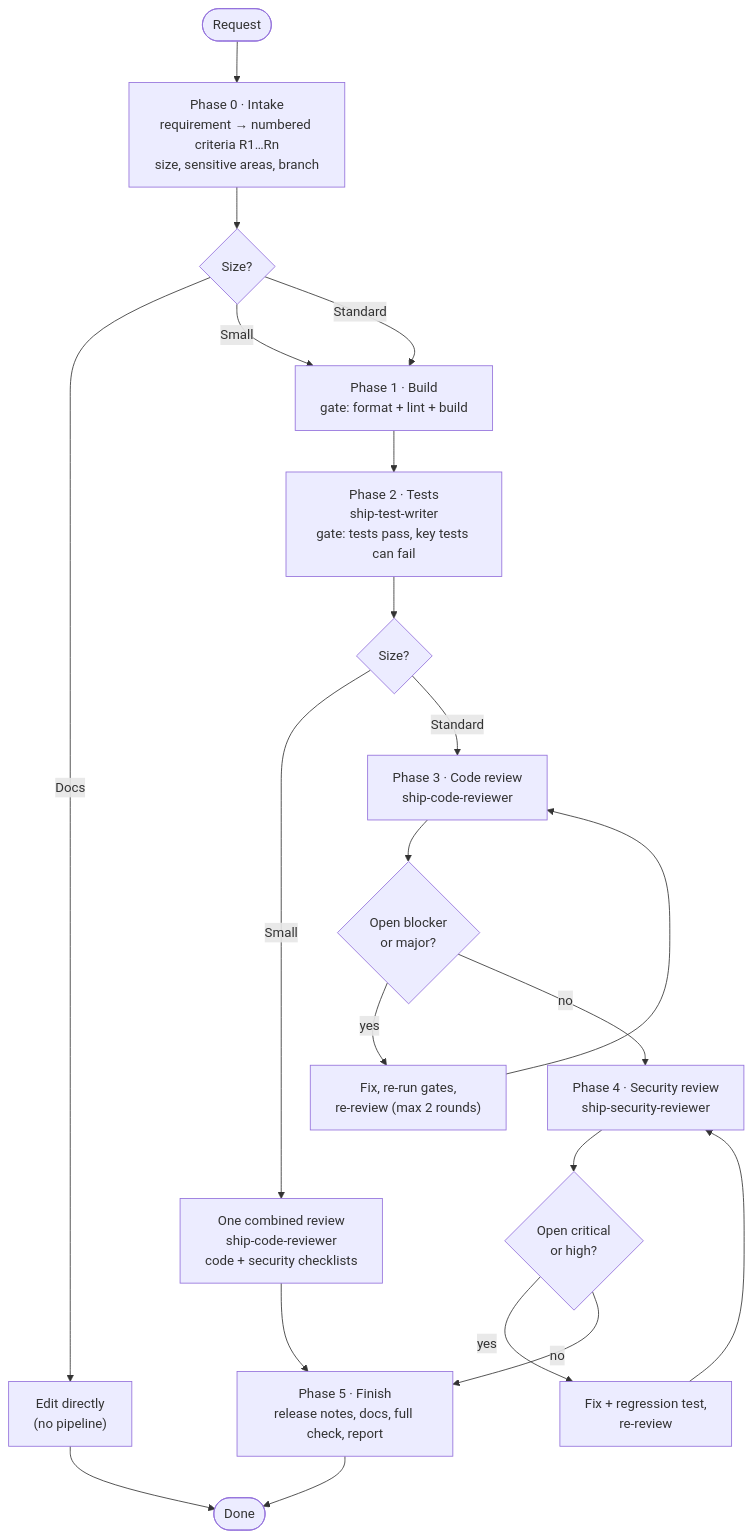
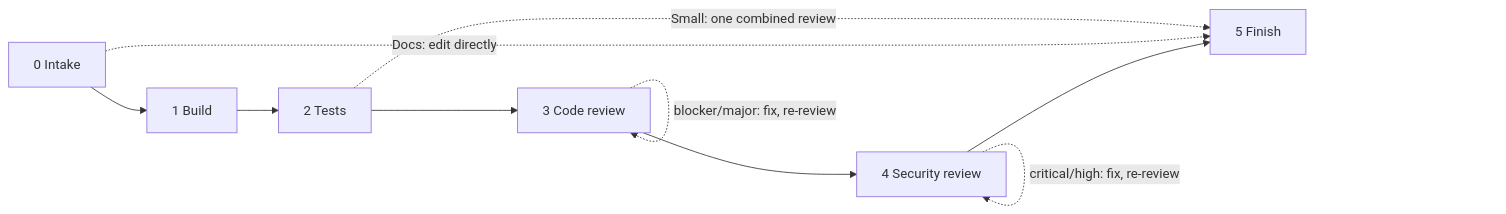
The diagram in README.md (nanaaikinson/ship-change), drawn with Mermaid before and after one commit. The commit also changed other lines of this file, not shown here.

Commit message:
docs: collapse and compact README pipeline flowchart

````diff
--- a/README.md
+++ b/README.md
@@ -16,21 +17,8 @@
 ```mermaid
-flowchart TD
-    A([Request]) --> P0["Phase 0 · Intake<br/>requirement → numbered criteria R1…Rn<br/>size, sensitive areas, branch"]
-    P0 --> SZ{Size?}
-    SZ -- Docs --> D["Edit directly<br/>(no pipeline)"]
-    SZ -- Small --> P1
-    SZ -- Standard --> P1
-    P1["Phase 1 · Build<br/>gate: format + lint + build"] --> P2
-    P2["Phase 2 · Tests<br/>ship-test-writer<br/>gate: tests pass, key tests can fail"] --> KS{Size?}
-    KS -- Small --> CR1["One combined review<br/>ship-code-reviewer<br/>code + security checklists"]
-    KS -- Standard --> P3
-    P3["Phase 3 · Code review<br/>ship-code-reviewer"] --> F3{Open blocker<br/>or major?}
-    F3 -- yes --> X3["Fix, re-run gates,<br/>re-review (max 2 rounds)"] --> P3
-    F3 -- no --> P4
-    P4["Phase 4 · Security review<br/>ship-security-reviewer"] --> F4{Open critical<br/>or high?}
-    F4 -- yes --> X4["Fix + regression test,<br/>re-review"] --> P4
-    F4 -- no --> P5
-    CR1 --> P5
-    P5["Phase 5 · Finish<br/>release notes, docs, full check, report"] --> Z([Done])
-    D --> Z
+flowchart LR
+    P0["0 Intake"] --> P1["1 Build"] --> P2["2 Tests"] --> P3["3 Code review"] --> P4["4 Security review"] --> P5["5 Finish"]
+    P3 -. "blocker/major: fix, re-review" .-> P3
+    P4 -. "critical/high: fix, re-review" .-> P4
+    P0 -. "Docs: edit directly" .-> P5
+    P2 -. "Small: one combined review" .-> P5
 ```
````
